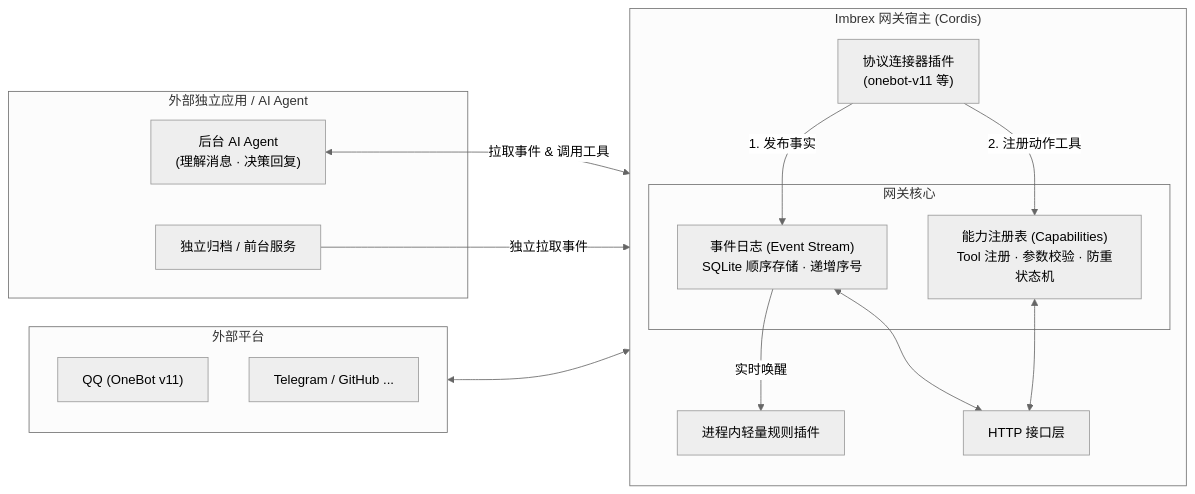
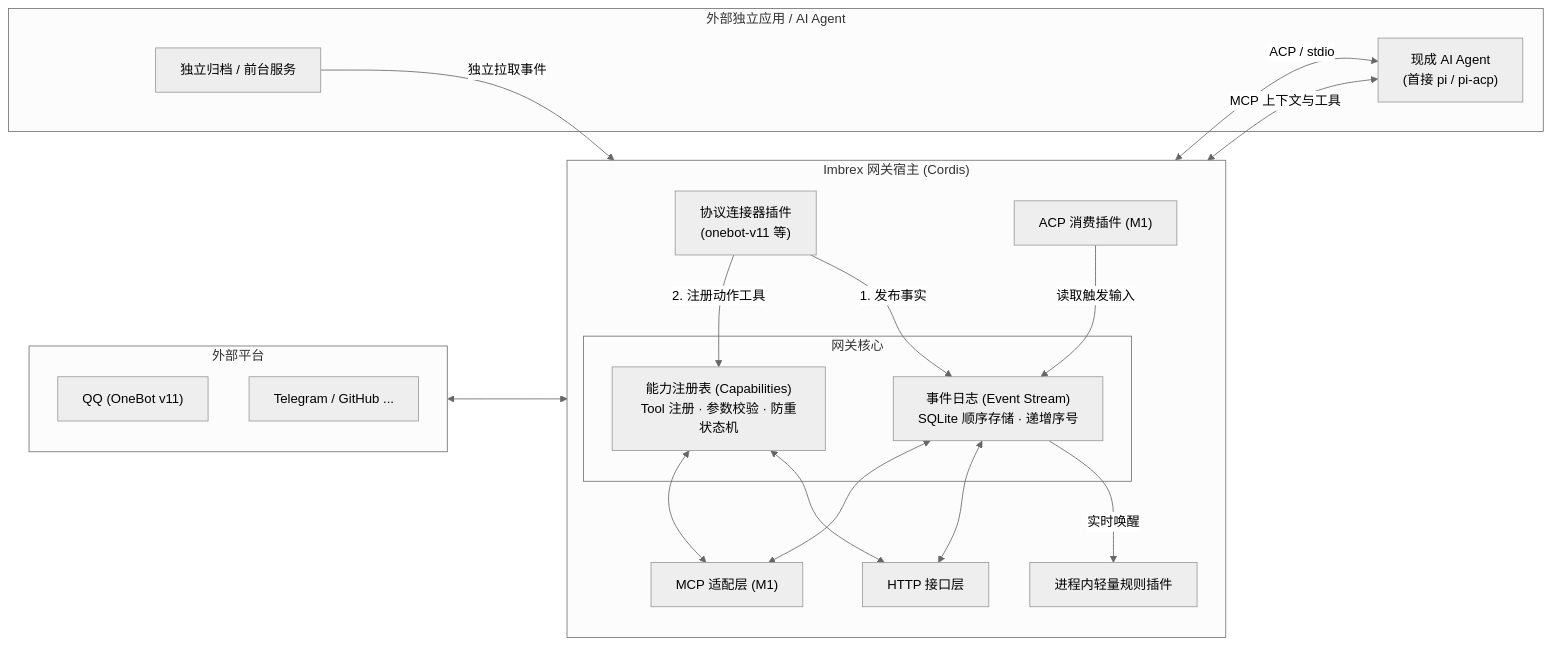
Before and after one commit to ycychome/Imbrex: the diagram in README.md, drawn with Mermaid (neutral theme). The commit also changed other lines of this file and 16 other files, not shown here.

Commit message:
docs: align M1 goals with MCP and ACP integration (#7)

````diff
--- a/README.md
+++ b/README.md
@@ -29,35 +29,41 @@
 ```mermaid
 flowchart LR
     subgraph Sources ["外部平台"]
         QQ["QQ (OneBot v11)"]
         TG["Telegram / GitHub ..."]
     end
 
     subgraph Host ["Imbrex 网关宿主 (Cordis)"]
         direction TB
         Connectors["协议连接器插件<br/>(onebot-v11 等)"]
         
         subgraph Core ["网关核心"]
             EventLog["事件日志 (Event Stream)<br/>SQLite 顺序存储 · 递增序号"]
             Capabilities["能力注册表 (Capabilities)<br/>Tool 注册 · 参数校验 · 防重状态机"]
         end
         
         HttpServer["HTTP 接口层"]
+        McpServer["MCP 适配层 (M1)"]
+        AcpConsumer["ACP 消费插件 (M1)"]
         InProcessPlugins["进程内轻量规则插件"]
     end
 
     subgraph Consumers ["外部独立应用 / AI Agent"]
-        Agent["后台 AI Agent<br/>(理解消息 · 决策回复)"]
+        Agent["现成 AI Agent<br/>(首接 pi / pi-acp)"]
         Archive["独立归档 / 前台服务"]
     end
 
     Sources <--> Connectors
     Connectors -->|1. 发布事实| EventLog
     Connectors -->|2. 注册动作工具| Capabilities
     EventLog -->|实时唤醒| InProcessPlugins
     EventLog <--> HttpServer
     Capabilities <--> HttpServer
 
-    Agent <-->|拉取事件 & 调用工具| HttpServer
+    EventLog <--> McpServer
+    Capabilities <--> McpServer
+    AcpConsumer -->|读取触发输入| EventLog
+    AcpConsumer <-->|ACP / stdio| Agent
+    Agent <-->|MCP 上下文与工具| McpServer
     Archive -->|独立拉取事件| HttpServer
 ```
````
